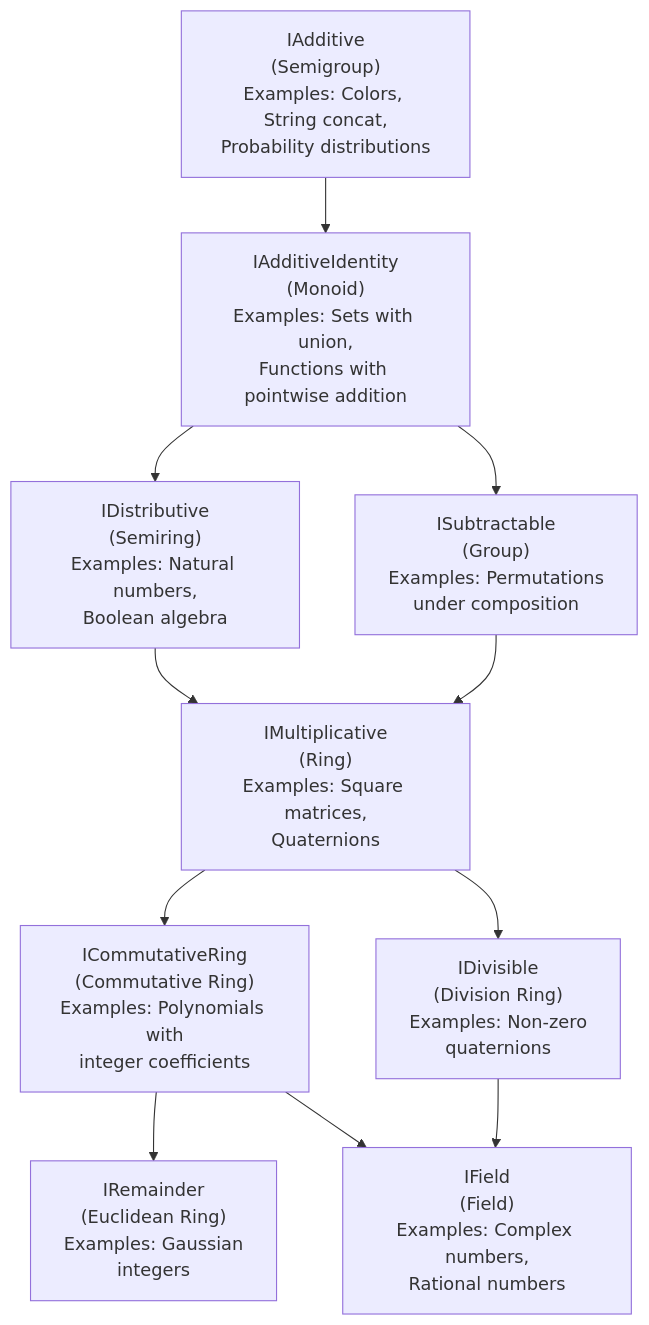
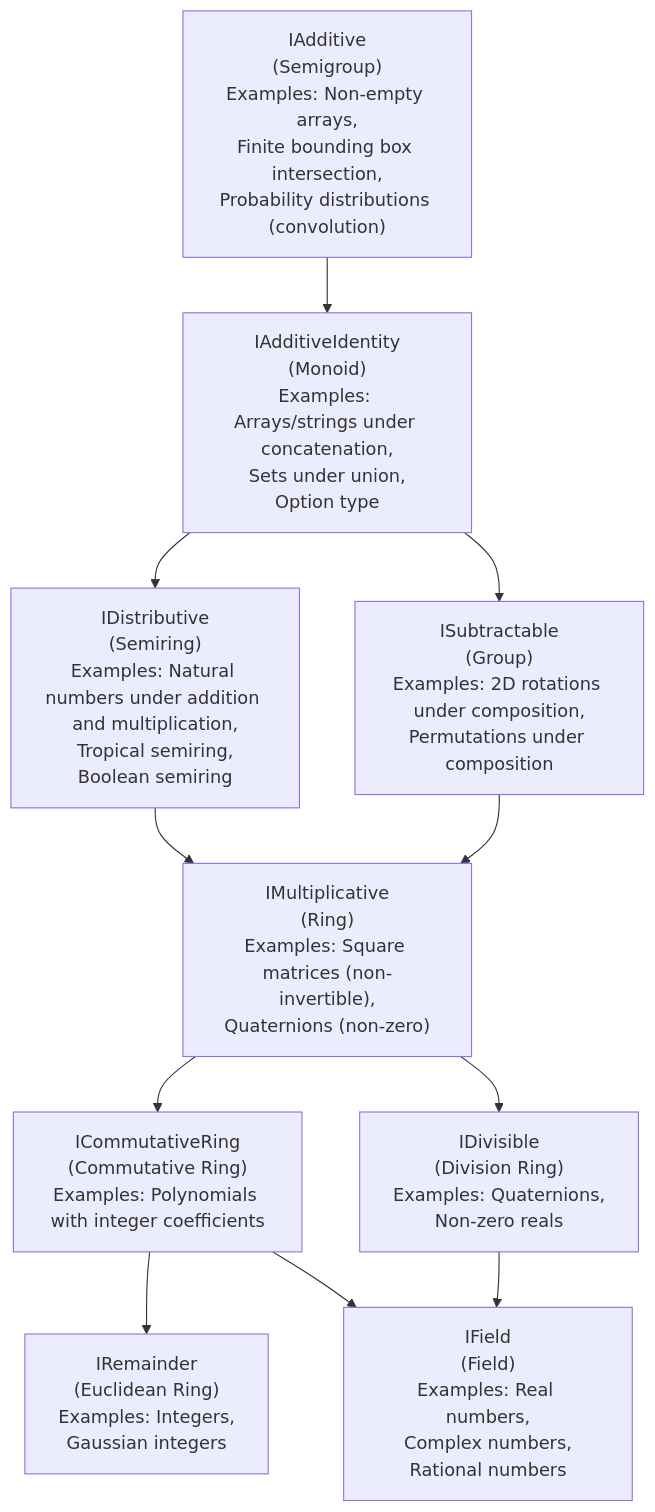
One commit to shader-slang/spec changed the diagram in proposals/021-abstract-algebra-interface-hierarchy.md. Above: the diagram before and after it, drawn with Mermaid. The commit also changed other lines of this file, not shown here.

Commit message:
Add diagram and more interfaces

````diff
--- a/proposals/021-abstract-algebra-interface-hierarchy.md
+++ b/proposals/021-abstract-algebra-interface-hierarchy.md
@@ -144,57 +144,59 @@
 ```mermaid
 flowchart TD
     IAdditive["IAdditive
 (Semigroup)
-Examples: Colors, String concat,
-Probability distributions"]
+Examples: Non-empty arrays,
+Finite bounding box intersection,
+Probability distributions (convolution)"]
 
     IAdditiveIdentity["IAdditiveIdentity
 (Monoid)
-Examples: Sets with union,
-Functions with pointwise addition"]
+Examples: Arrays/strings under concatenation,
+Sets under union,
+Option type"]
 
     ISubtractable["ISubtractable
 (Group)
-Examples: Permutations
-under composition"]
+Examples: 2D rotations under composition,
+Permutations under composition"]
 
     IDistributive["IDistributive
 (Semiring)
-Examples: Natural numbers,
-Boolean algebra"]
+Examples: Natural numbers under addition and multiplication,
+Tropical semiring,
+Boolean semiring"]
 
     IMultiplicative["IMultiplicative
 (Ring)
-Examples: Square matrices,
-Quaternions"]
+Examples: Square matrices (non-invertible),
+Quaternions (non-zero)"]
 
     ICommutativeRing["ICommutativeRing
 (Commutative Ring)
-Examples: Polynomials with
-integer coefficients"]
+Examples: Polynomials with integer coefficients"]
 
     IDivisible["IDivisible
 (Division Ring)
-Examples: Non-zero
-quaternions"]
+Examples: Quaternions,
+Non-zero reals"]
 
     IRemainder["IRemainder
 (Euclidean Ring)
-Examples: Gaussian
-integers"]
+Examples: Integers,
+Gaussian integers"]
 
     IField["IField
 (Field)
-Examples: Complex numbers,
+Examples: Real numbers,
+Complex numbers,
 Rational numbers"]
 
     IAdditive --> IAdditiveIdentity
     IAdditiveIdentity --> ISubtractable
     IAdditiveIdentity --> IDistributive
     IDistributive & ISubtractable --> IMultiplicative
     IMultiplicative --> ICommutativeRing
     IMultiplicative --> IDivisible
     ICommutativeRing --> IRemainder
     ICommutativeRing & IDivisible --> IField
-
 ```
````
